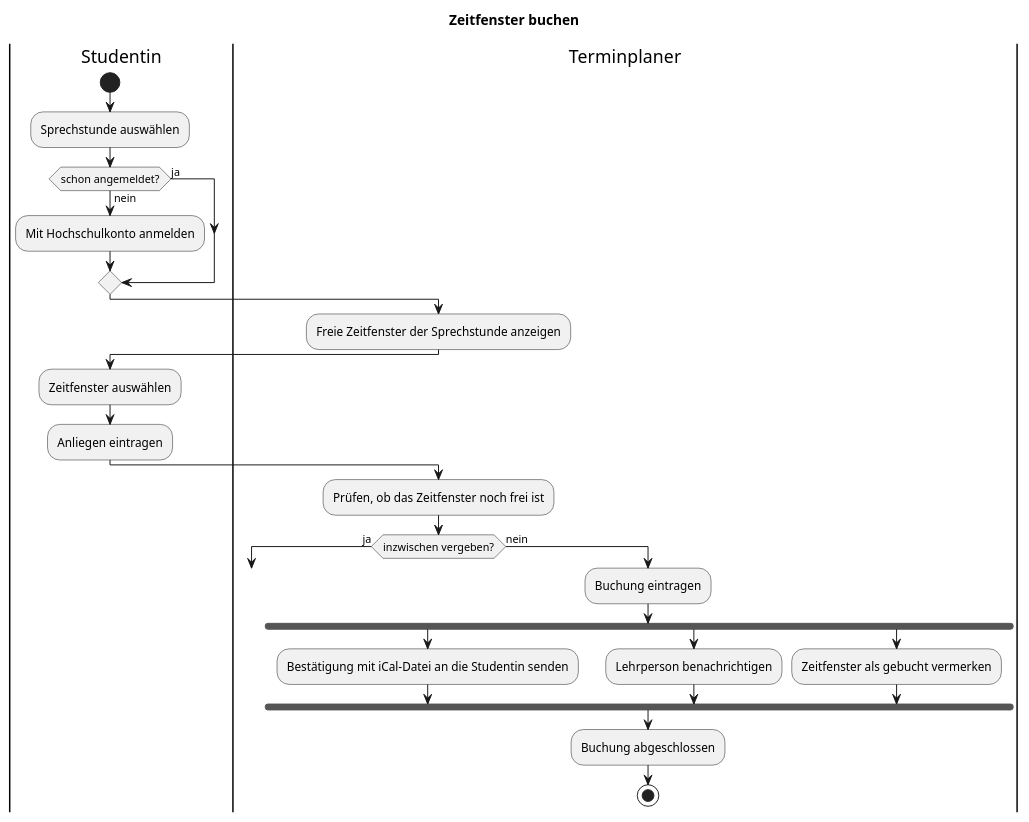
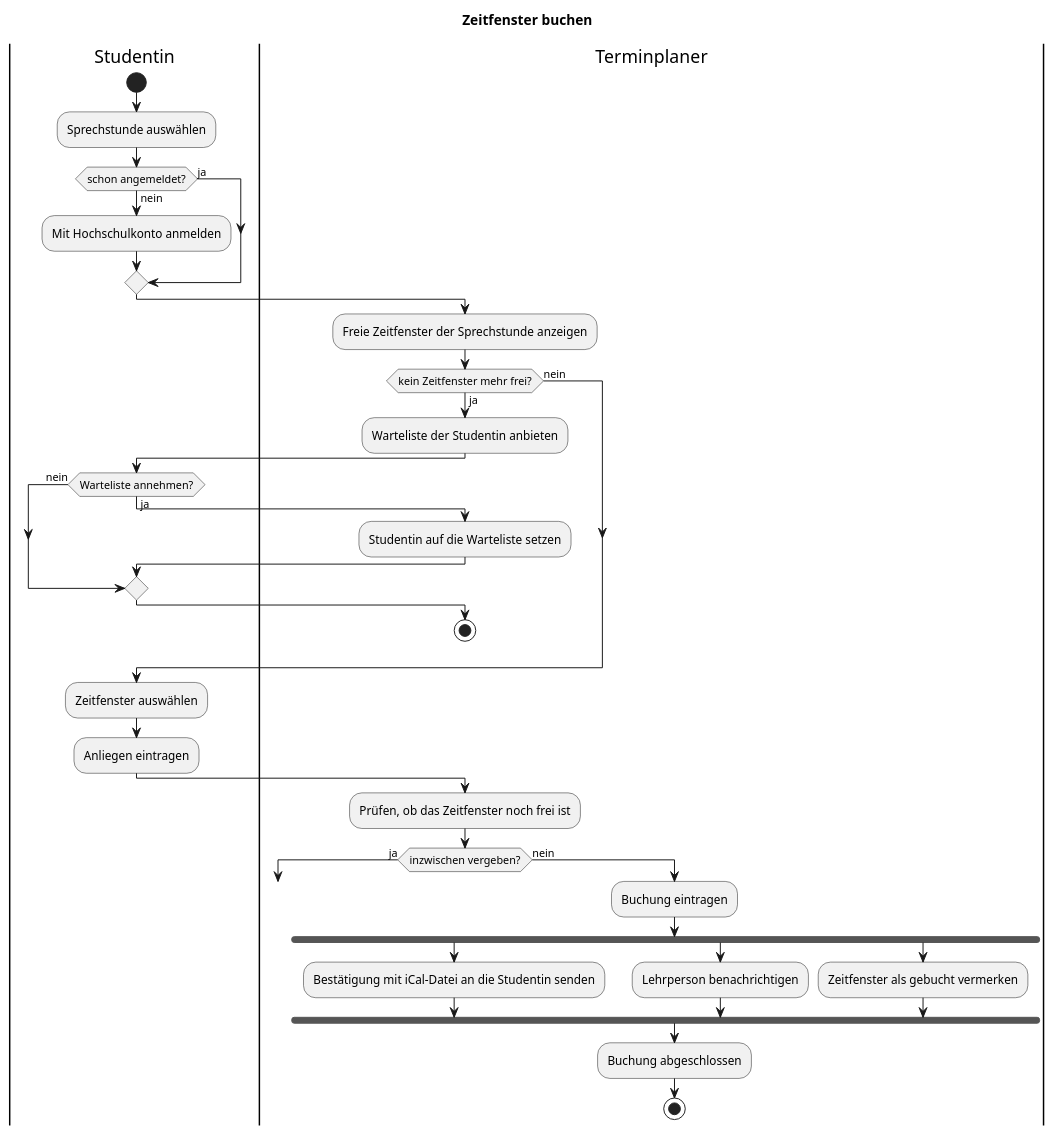
The diagram in ue06/cngdbgsvvz-byte/aktivitaet.puml (carstenlucke/thm_wk-1208_softwaretechnik-uebungen), drawn with PlantUML before and after one commit. The commit also changed 4 other files, not shown here.

Commit message:
Warteliste im Aktivitaetsdiagramm ergaenzen

```diff
--- a/ue06/cngdbgsvvz-byte/aktivitaet.puml
+++ b/ue06/cngdbgsvvz-byte/aktivitaet.puml
@@ -1,42 +1,55 @@
 @startuml
 title Zeitfenster buchen
 
 skinparam ConditionEndStyle diamond
 
 |Studentin|
 start
 :Sprechstunde auswählen;
 
 if (schon angemeldet?) then (nein)
   :Mit Hochschulkonto anmelden;
 else (ja)
 endif
 
 |Terminplaner|
 label frei_anzeigen
 :Freie Zeitfenster der Sprechstunde anzeigen;
+
+if (kein Zeitfenster mehr frei?) then (ja)
+  :Warteliste der Studentin anbieten;
+
+  |Studentin|
+  if (Warteliste annehmen?) then (ja)
+    |Terminplaner|
+    :Studentin auf die Warteliste setzen;
+  else (nein)
+  endif
+  stop
+else (nein)
+endif
 
 |Studentin|
 :Zeitfenster auswählen;
 :Anliegen eintragen;
 
 |Terminplaner|
 :Prüfen, ob das Zeitfenster noch frei ist;
 
 if (inzwischen vergeben?) then (ja)
   goto frei_anzeigen
 else (nein)
   :Buchung eintragen;
 
   fork
     :Bestätigung mit iCal-Datei an die Studentin senden;
   fork again
     :Lehrperson benachrichtigen;
   fork again
     :Zeitfenster als gebucht vermerken;
   end fork
 
   :Buchung abgeschlossen;
   stop
 endif
 @enduml
```
